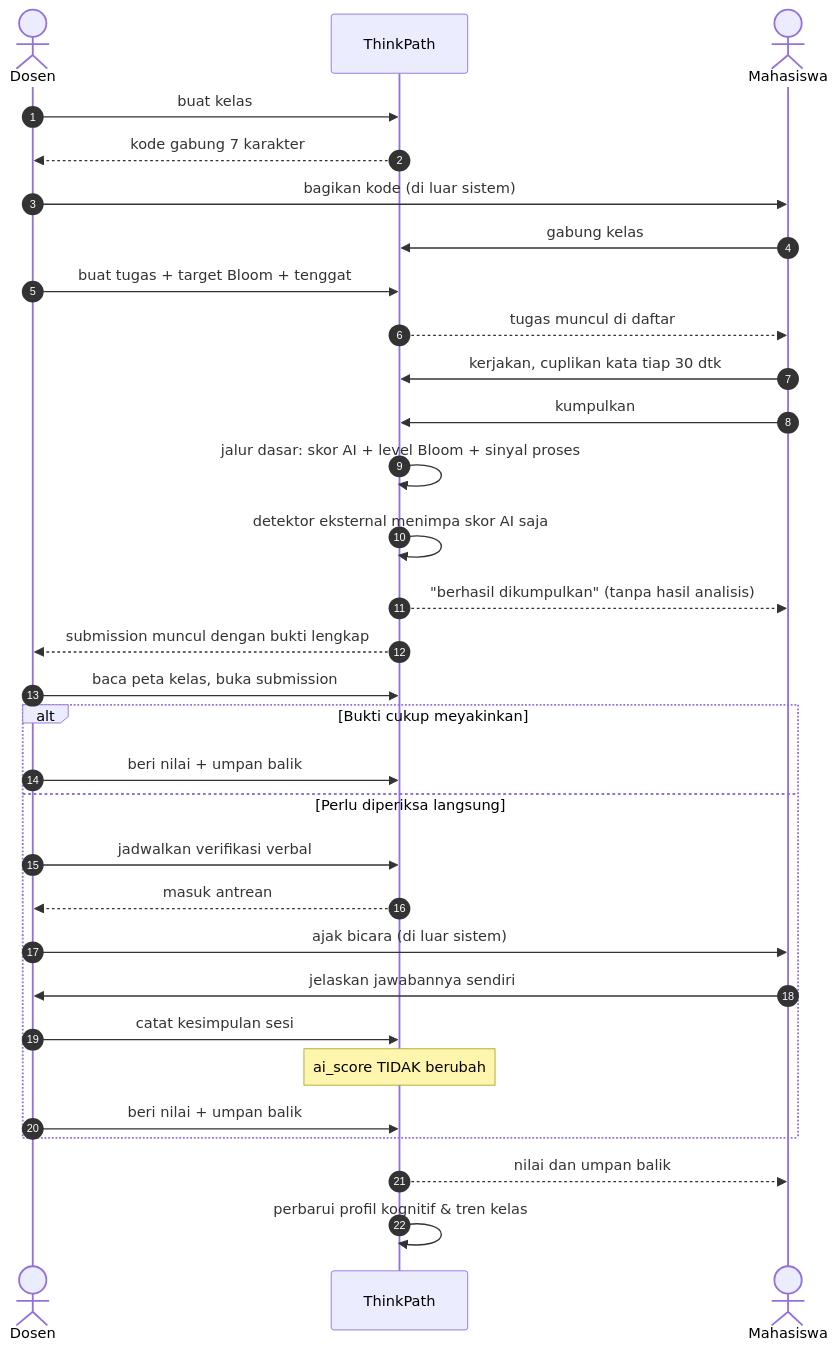
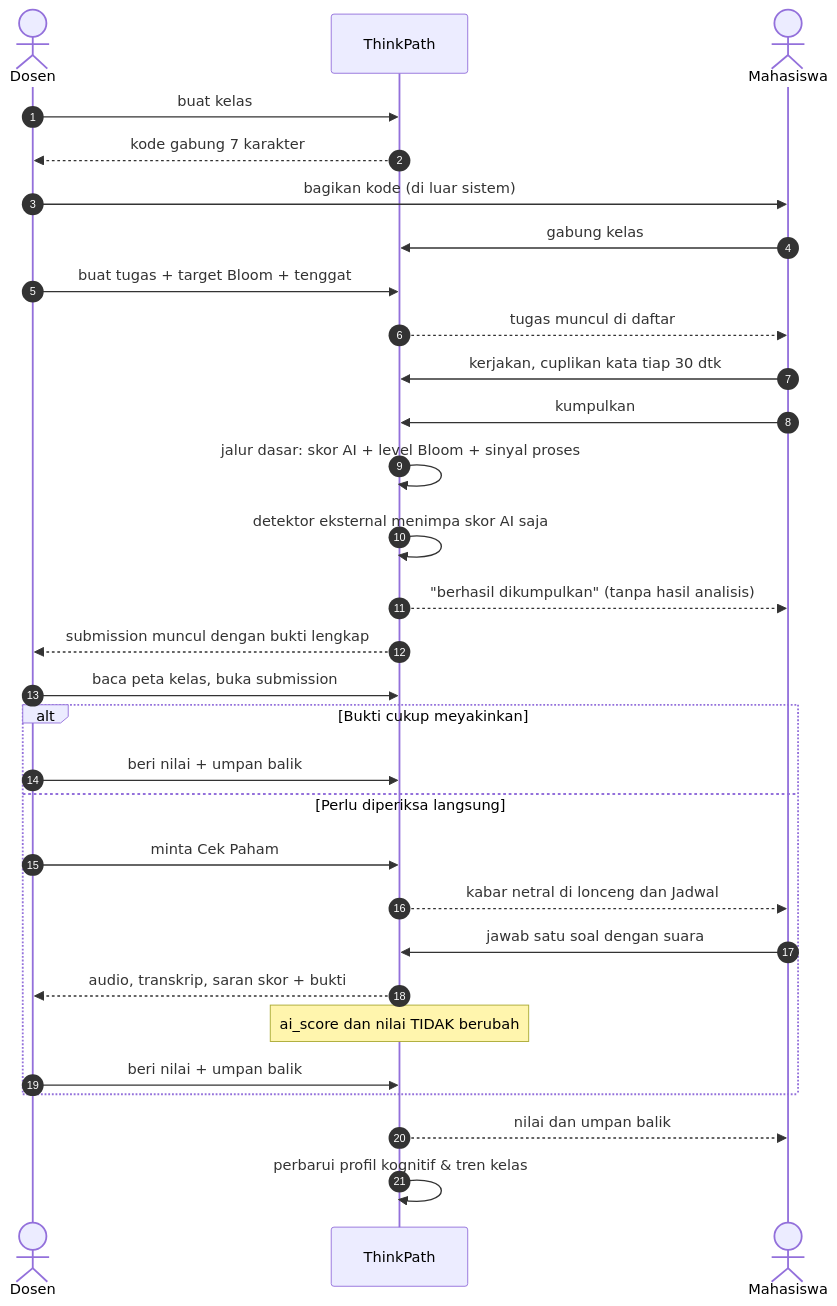
The first of 5 diagrams in diagram/04-interaksi-gabungan.md (FadhRach/ThinkPath), drawn with Mermaid before and after one commit. The commit also changed other lines of this file and 23 other files, not shown here.

First line of the commit message:
docs: Cek Paham di README dan diagram, protokol evaluasi di ai_experiment

````diff
--- a/diagram/04-interaksi-gabungan.md
+++ b/diagram/04-interaksi-gabungan.md
@@ -10,38 +10,37 @@
 ```mermaid
 sequenceDiagram
     autonumber
     actor DS as Dosen
     participant S as ThinkPath
     actor MH as Mahasiswa
 
     DS->>S: buat kelas
     S-->>DS: kode gabung 7 karakter
     DS->>MH: bagikan kode (di luar sistem)
     MH->>S: gabung kelas
     DS->>S: buat tugas + target Bloom + tenggat
     S-->>MH: tugas muncul di daftar
 
     MH->>S: kerjakan, cuplikan kata tiap 30 dtk
     MH->>S: kumpulkan
     S->>S: jalur dasar: skor AI + level Bloom + sinyal proses
     S->>S: detektor eksternal menimpa skor AI saja
     S-->>MH: "berhasil dikumpulkan" (tanpa hasil analisis)
     S-->>DS: submission muncul dengan bukti lengkap
 
     DS->>S: baca peta kelas, buka submission
 
     alt Bukti cukup meyakinkan
         DS->>S: beri nilai + umpan balik
     else Perlu diperiksa langsung
-        DS->>S: jadwalkan verifikasi verbal
-        S-->>DS: masuk antrean
-        DS->>MH: ajak bicara (di luar sistem)
-        MH->>DS: jelaskan jawabannya sendiri
-        DS->>S: catat kesimpulan sesi
-        Note over S: ai_score TIDAK berubah
+        DS->>S: minta Cek Paham
+        S-->>MH: kabar netral di lonceng dan Jadwal
+        MH->>S: jawab satu soal dengan suara
+        S-->>DS: audio, transkrip, saran skor + bukti
+        Note over S: ai_score dan nilai TIDAK berubah
         DS->>S: beri nilai + umpan balik
     end
 
     S-->>MH: nilai dan umpan balik
     S->>S: perbarui profil kognitif & tren kelas
 ```
````
